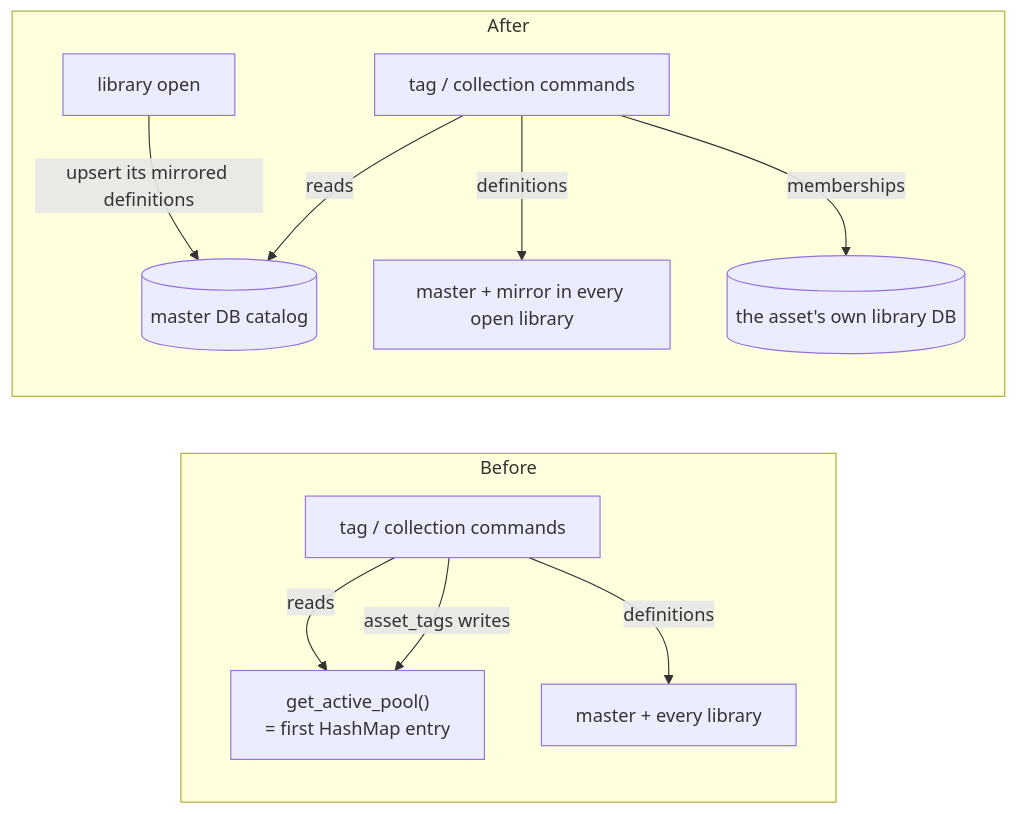
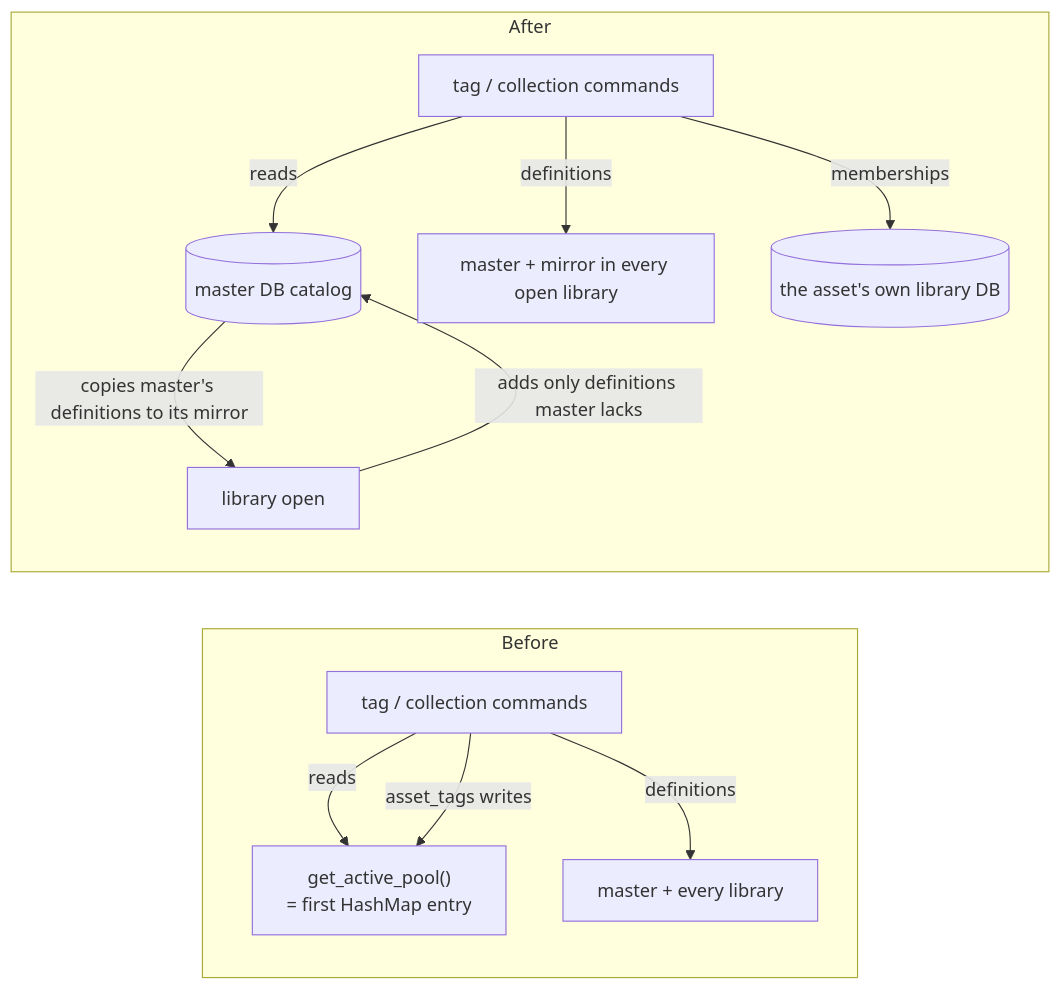
The third of 3 diagrams in docs/plans/personal-fork-alignment/plan.md (ramiro314/OpenDAM), drawn with Mermaid before and after one commit. The commit also changed other lines of this file and 1 other file, not shown here.

First line of the commit message:
docs: keep fix #6 master-wins on library open and match diagrams to their mermaid

````diff
--- a/docs/plans/personal-fork-alignment/plan.md
+++ b/docs/plans/personal-fork-alignment/plan.md
@@ -201,14 +209,15 @@
 ```mermaid
 flowchart LR
   subgraph Before
     C1[tag / collection commands] -->|reads| AP["get_active_pool()<br/>= first HashMap entry"]
     C1 -->|asset_tags writes| AP
     C1 -->|definitions| ALL1[master + every library]
   end
   subgraph After
     C2[tag / collection commands] -->|reads| M[(master DB catalog)]
     C2 -->|definitions| ALL2["master + mirror in every open library"]
     C2 -->|memberships| OWN[("the asset's own library DB")]
-    OPEN[library open] -->|upsert its mirrored definitions| M
+    OPEN[library open] -->|adds only definitions master lacks| M
+    M -->|copies master's definitions to its mirror| OPEN
   end
 ```
````
